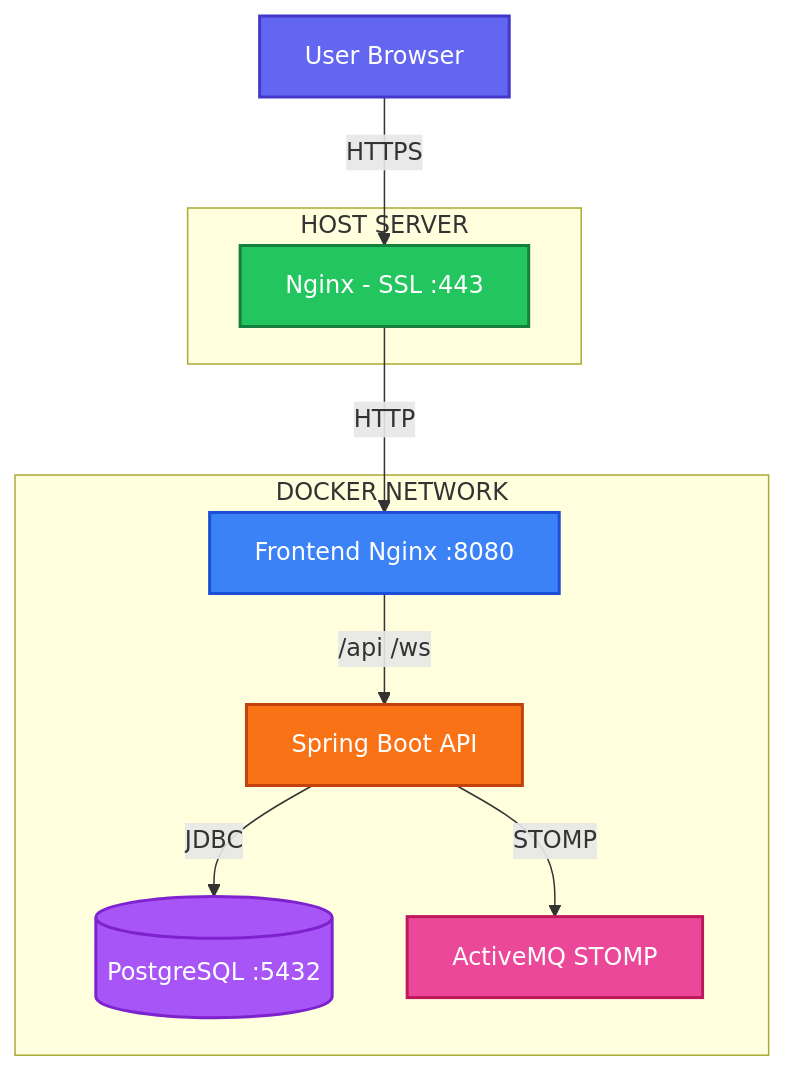
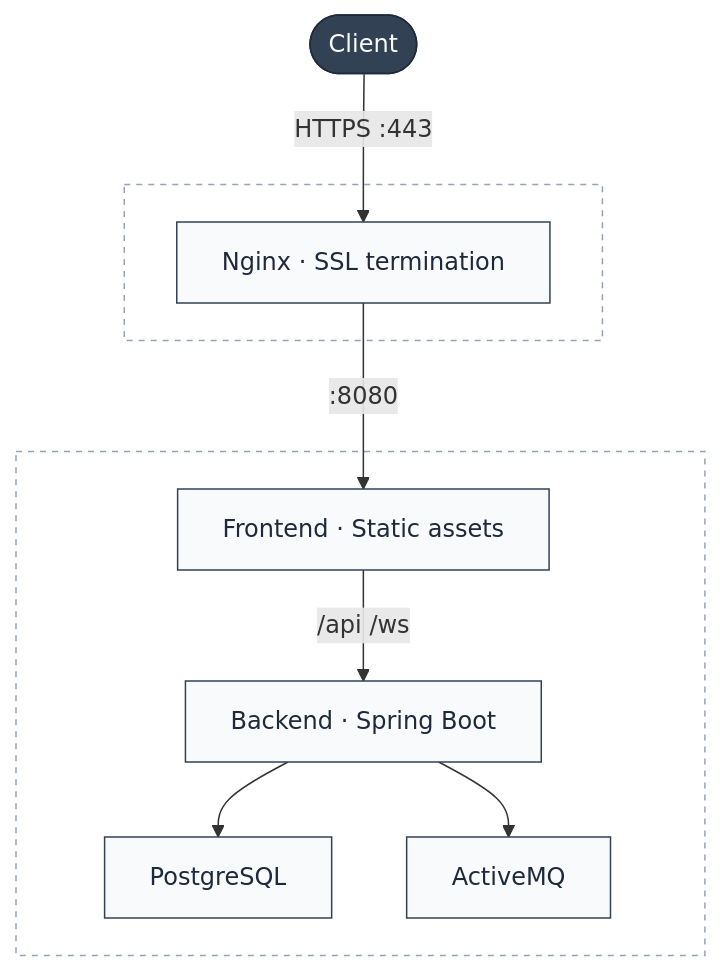
One commit to sagi-menahem/SynchBoard changed the diagram in README.md. Above: the diagram before and after it, drawn with Mermaid.

Commit message:
docs: update architecture diagram in README for improved clarity and minimalist design

````diff
--- a/README.md
+++ b/README.md
@@ -64,30 +64,27 @@
 ```mermaid
 flowchart TD
-    %% Style definitions for high contrast on light/dark themes
-    classDef userStyle fill:#6366f1,stroke:#4338ca,stroke-width:2px,color:#ffffff
-    classDef nginxStyle fill:#22c55e,stroke:#15803d,stroke-width:2px,color:#ffffff
-    classDef frontendStyle fill:#3b82f6,stroke:#1d4ed8,stroke-width:2px,color:#ffffff
-    classDef backendStyle fill:#f97316,stroke:#c2410c,stroke-width:2px,color:#ffffff
-    classDef dbStyle fill:#a855f7,stroke:#7e22ce,stroke-width:2px,color:#ffffff
-    classDef mqStyle fill:#ec4899,stroke:#be185d,stroke-width:2px,color:#ffffff
-    classDef subgraphStyle fill:#1e293b,stroke:#475569,stroke-width:2px,color:#f8fafc
+    %% Minimalist monochrome theme with slate accent
+    classDef default fill:#f8fafc,stroke:#334155,stroke-width:1px,color:#1e293b
+    classDef accent fill:#334155,stroke:#1e293b,stroke-width:1px,color:#f8fafc
 
-    User["User Browser"]:::userStyle
+    User(["Client"]):::accent
 
-    subgraph Host["HOST SERVER"]
-        Nginx["Nginx - SSL :443"]:::nginxStyle
+    subgraph host [" "]
+        Nginx["Nginx · SSL termination"]
     end
 
-    subgraph Docker["DOCKER NETWORK"]
-        Frontend["Frontend Nginx :8080"]:::frontendStyle
-        Backend["Spring Boot API"]:::backendStyle
-        Postgres[("PostgreSQL :5432")]:::dbStyle
-        ActiveMQ["ActiveMQ STOMP"]:::mqStyle
+    subgraph docker [" "]
+        Frontend["Frontend · Static assets"]
+        Backend["Backend · Spring Boot"]
+        Postgres["PostgreSQL"]
+        ActiveMQ["ActiveMQ"]
     end
 
-    User -->|"HTTPS"| Nginx
-    Nginx -->|"HTTP"| Frontend
-    Frontend -->|"/api /ws"| Backend
-    Backend -->|"JDBC"| Postgres
-    Backend -->|"STOMP"| ActiveMQ
+    User -- "HTTPS :443" --> Nginx
+    Nginx -- ":8080" --> Frontend
+    Frontend -- "/api  /ws" --> Backend
+    Backend --> Postgres & ActiveMQ
+
+    style host fill:none,stroke:#94a3b8,stroke-width:1px,stroke-dasharray:4
+    style docker fill:none,stroke:#94a3b8,stroke-width:1px,stroke-dasharray:4
 ```
````
